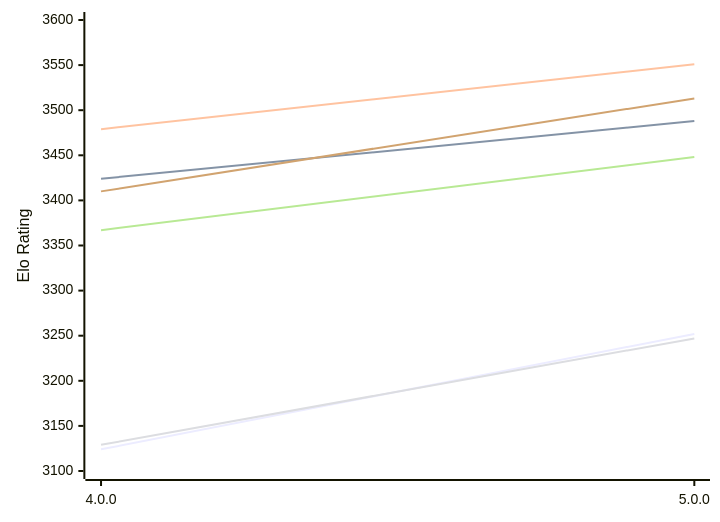
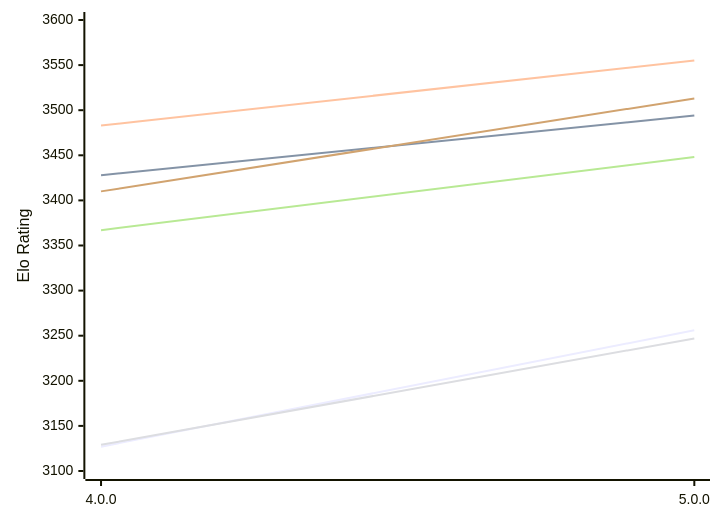
The first of 2 diagrams in engines/Avalanche.md (computer-chess-index/cci), drawn with Mermaid before and after one commit. The commit also changed other lines of this file, not shown here.

Commit message:
Update CCI Ratings (ELO VLTC) - 2026-11-22

````diff
--- a/engines/Avalanche.md
+++ b/engines/Avalanche.md
@@ -50,12 +50,12 @@
 ```mermaid
 %%{init: {"theme":"base","themeVariables":{"seriesColors:['#a3a3a3','#222221','#faa371']}}}%%
 xychart-beta
   x-axis ["4.0.0", "5.0.0"]
   y-axis "Elo Rating" 3100 --> 3600
-  line "E1: STC (8.0+0.08s)" [3124, 3252]
-  line "E1: LTC (60.0+0.60s)" [3424, 3488]
-  line "E1: VLTC (2m24s+1.12s)" [3479, 3551]
+  line "E1: STC (8.0+0.08s)" [3127, 3256]
+  line "E1: LTC (60.0+0.60s)" [3428, 3494]
+  line "E1: VLTC (2m24s+1.12s)" [3483, 3555]
   line "P1: STC (8.0+0.08s)" [3129, 3247]
   line "P1: LTC (60.0+0.60s)" [3367, 3448]
   line "P1: VLTC (2m24s+1.12s)" [3410, 3513]
 ```
````
